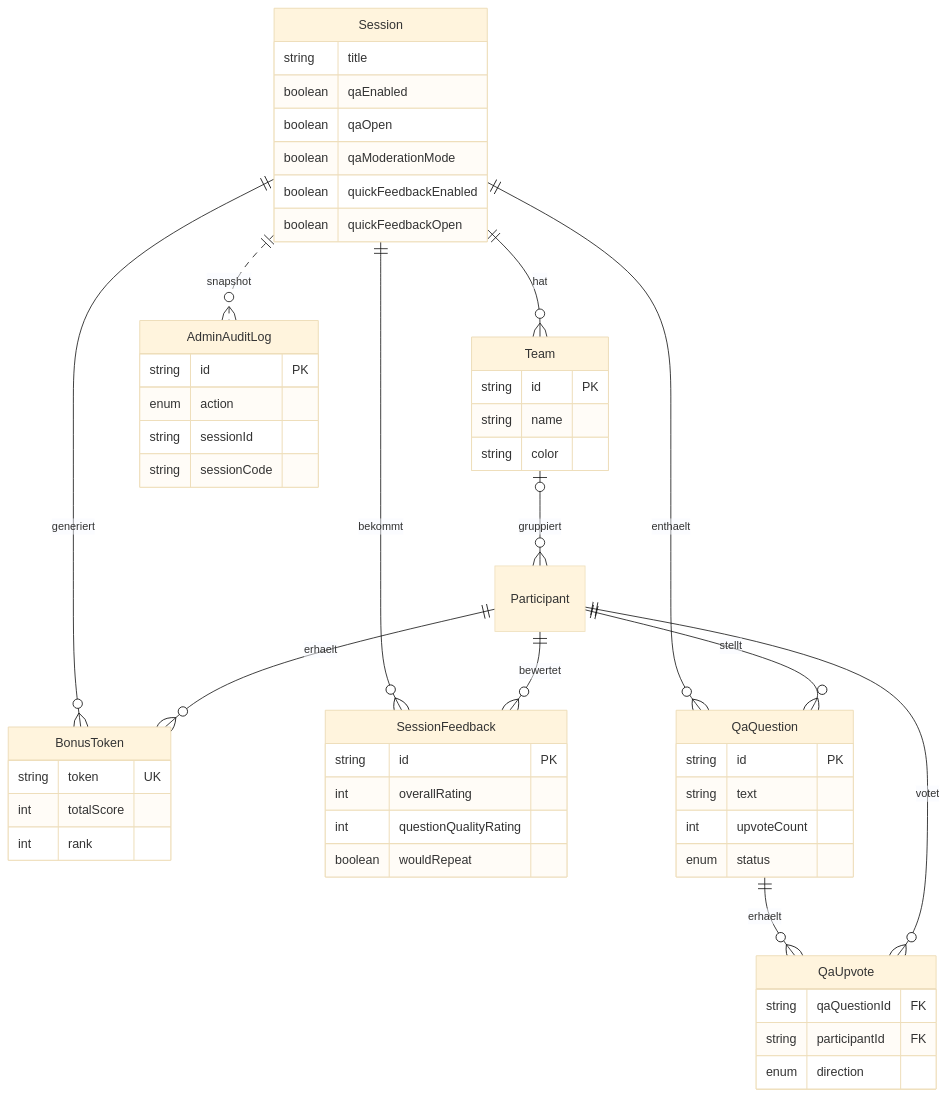
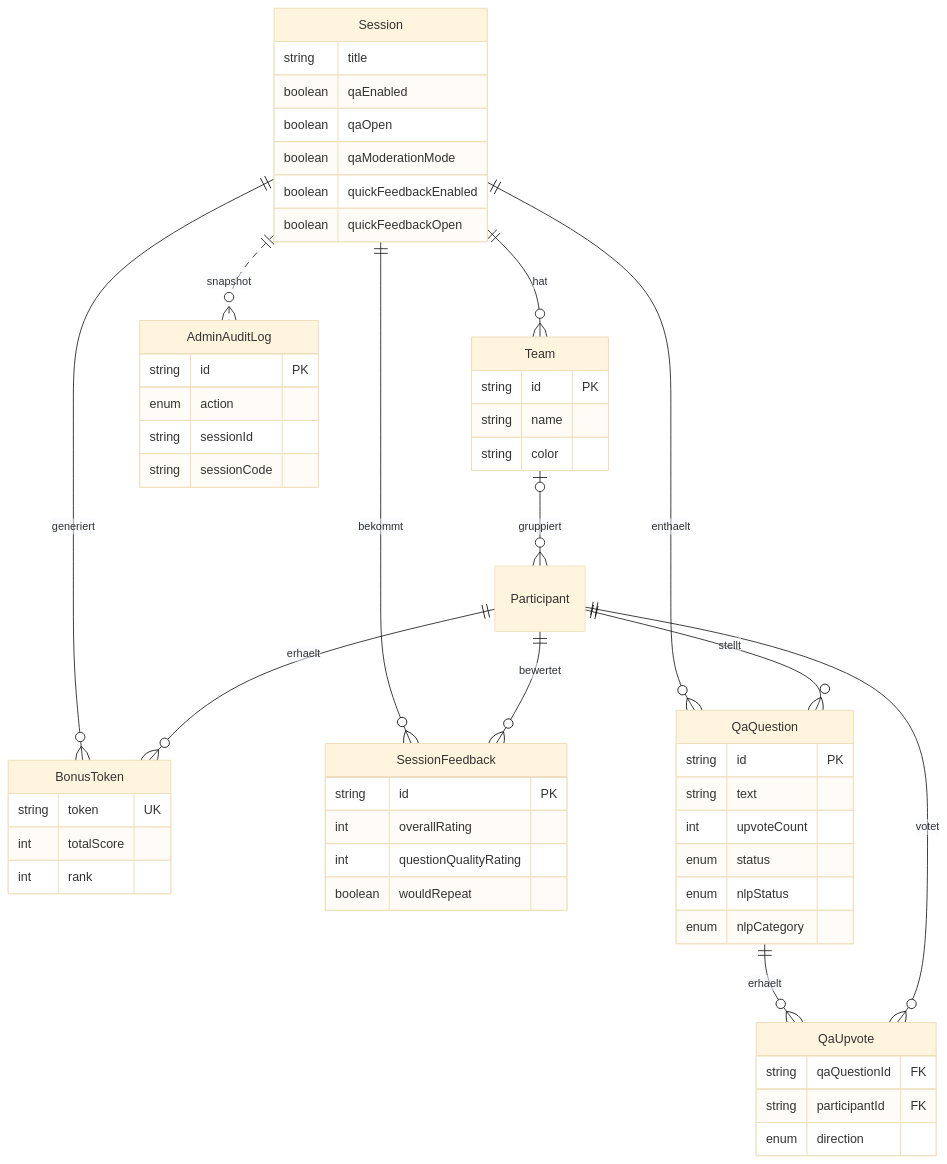
The tenth of 14 diagrams in docs/diagrams/architecture-overview.md (kqc-real/arsnova.eu), drawn with Mermaid (base theme) before and after one commit. The commit also changed other lines of this file and 22 other files, not shown here.

First line of the commit message:
docs(1.14-8.9): Diagramme und Feature-Doku auf den aktuellen Stand bringen (#302)

````diff
--- a/docs/diagrams/architecture-overview.md
+++ b/docs/diagrams/architecture-overview.md
@@ -460,57 +485,59 @@
 ```mermaid
 %%{init: {'flowchart': {'nodeSpacing': 46, 'rankSpacing': 70, 'padding': 14}}}%%
 erDiagram
     Session ||--o{ Team : hat
     Team |o--o{ Participant : gruppiert
     Session ||--o{ BonusToken : generiert
     Participant ||--o{ BonusToken : erhaelt
     Session ||--o{ SessionFeedback : bekommt
     Participant ||--o{ SessionFeedback : bewertet
     Session ||--o{ QaQuestion : enthaelt
     Participant ||--o{ QaQuestion : stellt
     QaQuestion ||--o{ QaUpvote : erhaelt
     Participant ||--o{ QaUpvote : votet
     Session ||..o{ AdminAuditLog : snapshot
 
     Session {
         string title
         boolean qaEnabled
         boolean qaOpen
         boolean qaModerationMode
         boolean quickFeedbackEnabled
         boolean quickFeedbackOpen
     }
     Team {
         string id PK
         string name
         string color
     }
     BonusToken {
         string token UK
         int totalScore
         int rank
     }
     SessionFeedback {
         string id PK
         int overallRating
         int questionQualityRating
         boolean wouldRepeat
     }
     QaQuestion {
         string id PK
         string text
         int upvoteCount
         enum status
+        enum nlpStatus
+        enum nlpCategory
     }
     QaUpvote {
         string qaQuestionId FK
         string participantId FK
         enum direction
     }
     AdminAuditLog {
         string id PK
         enum action
         string sessionId
         string sessionCode
     }
 ```
````
